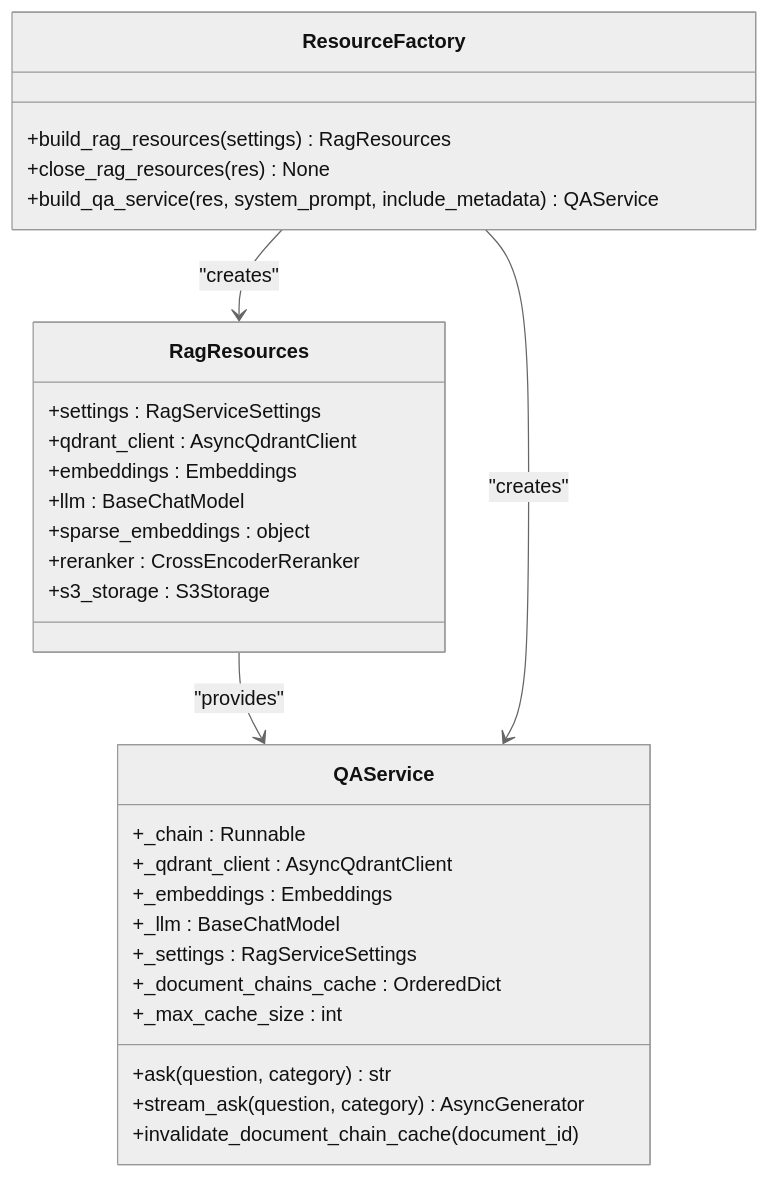
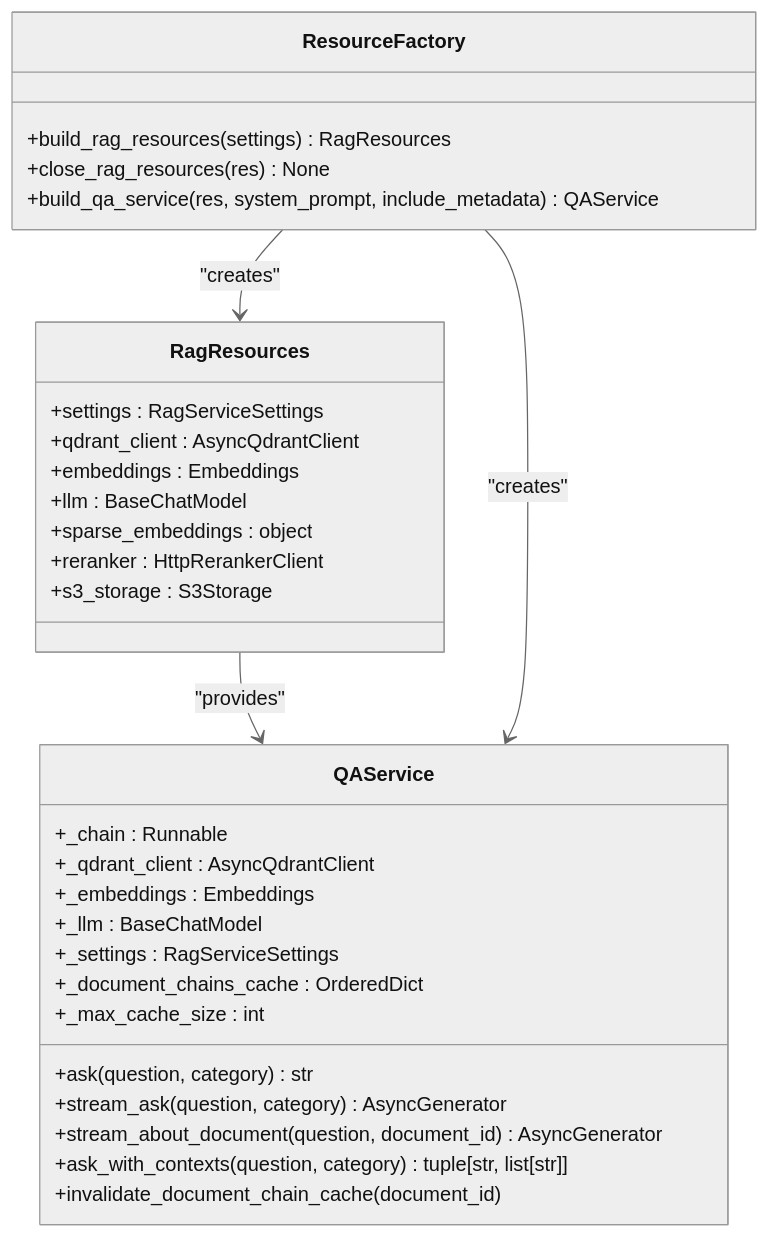
Before and after one commit to ognelis/cafetera_hr_bot: diagram 20 of 23 in .qoder/repowiki/en/content/API Reference/RAG Microservice Architecture.md, drawn with Mermaid (neutral theme). The commit also changed other lines of this file and 51 other files, not shown here.

````diff
--- a/.qoder/repowiki/en/content/API Reference/RAG Microservice Architecture.md
+++ b/.qoder/repowiki/en/content/API Reference/RAG Microservice Architecture.md
@@ -543,32 +972,34 @@
 ```mermaid
 classDiagram
 class RagResources {
 +settings : RagServiceSettings
 +qdrant_client : AsyncQdrantClient
 +embeddings : Embeddings
 +llm : BaseChatModel
 +sparse_embeddings : object
-+reranker : CrossEncoderReranker
++reranker : HttpRerankerClient
 +s3_storage : S3Storage
 }
 class QAService {
 +_chain : Runnable
 +_qdrant_client : AsyncQdrantClient
 +_embeddings : Embeddings
 +_llm : BaseChatModel
 +_settings : RagServiceSettings
 +_document_chains_cache : OrderedDict
 +_max_cache_size : int
 +ask(question, category) str
 +stream_ask(question, category) AsyncGenerator
++stream_about_document(question, document_id) AsyncGenerator
++ask_with_contexts(question, category) tuple[str, list[str]]
 +invalidate_document_chain_cache(document_id)
 }
 class ResourceFactory {
 +build_rag_resources(settings) RagResources
 +close_rag_resources(res) None
 +build_qa_service(res, system_prompt, include_metadata) QAService
 }
 RagResources --> QAService : "provides"
 ResourceFactory --> RagResources : "creates"
 ResourceFactory --> QAService : "creates"
 ```
````
